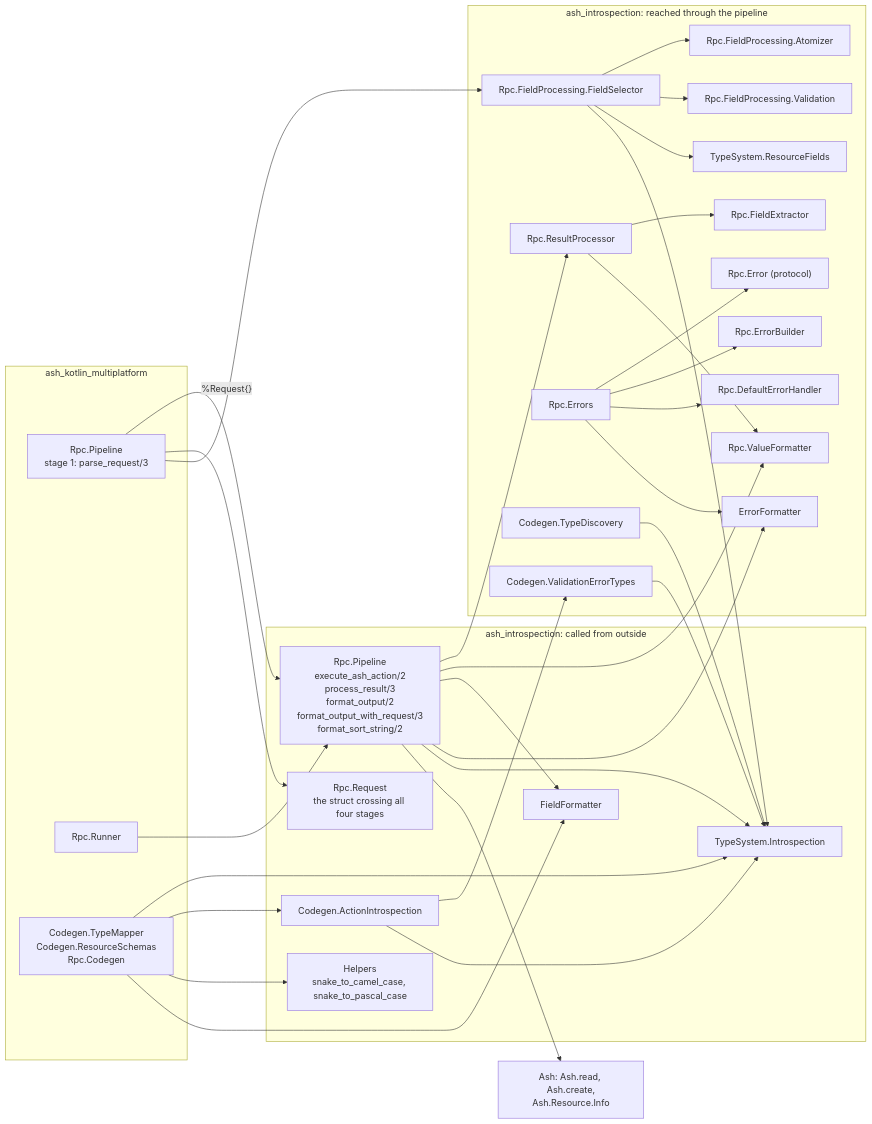
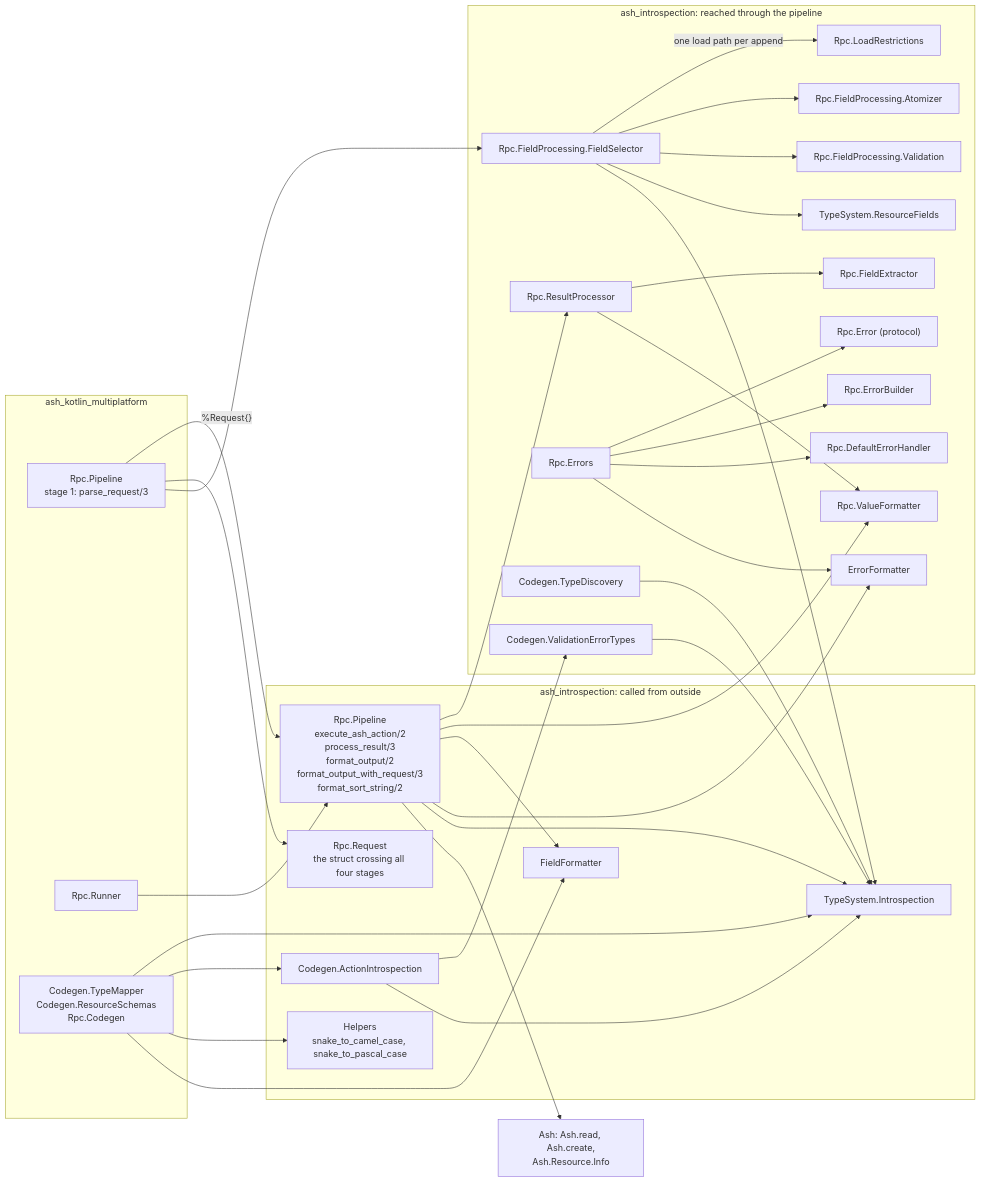
The third of 4 diagrams in docs/architecture.md (udin-io/ash_introspection), drawn with Mermaid before and after one commit. The commit also changed other lines of this file and 11 other files, not shown here.

````diff
--- a/docs/architecture.md
+++ b/docs/architecture.md
@@ -92,66 +92,68 @@
 ```mermaid
 flowchart LR
     subgraph consumer["ash_kotlin_multiplatform"]
         cpipe["Rpc.Pipeline<br/>stage 1: parse_request/3"]
         crun["Rpc.Runner"]
         ccodegen["Codegen.TypeMapper<br/>Codegen.ResourceSchemas<br/>Rpc.Codegen"]
     end
 
     subgraph public["ash_introspection: called from outside"]
         pipeline["Rpc.Pipeline<br/>execute_ash_action/2<br/>process_result/3<br/>format_output/2<br/>format_output_with_request/3<br/>format_sort_string/2"]
         request["Rpc.Request<br/>the struct crossing all four stages"]
         ff["FieldFormatter"]
         helpers["Helpers<br/>snake_to_camel_case, snake_to_pascal_case"]
         tsi["TypeSystem.Introspection"]
         actint["Codegen.ActionIntrospection"]
     end
 
     subgraph internal["ash_introspection: reached through the pipeline"]
         fsel["Rpc.FieldProcessing.FieldSelector"]
+        lrest["Rpc.LoadRestrictions"]
         atomz["Rpc.FieldProcessing.Atomizer"]
         fval["Rpc.FieldProcessing.Validation"]
         rproc["Rpc.ResultProcessor"]
         vfmt["Rpc.ValueFormatter"]
         fext["Rpc.FieldExtractor"]
         errs["Rpc.Errors"]
         errb["Rpc.ErrorBuilder"]
         errp["Rpc.Error (protocol)"]
         errh["Rpc.DefaultErrorHandler"]
         efmt["ErrorFormatter"]
         rfields["TypeSystem.ResourceFields"]
         tdisc["Codegen.TypeDiscovery"]
         vet["Codegen.ValidationErrorTypes"]
     end
 
     ash["Ash: Ash.read, Ash.create,<br/>Ash.Resource.Info"]
 
     cpipe -->|"%Request{}"| pipeline
     cpipe --> request
     cpipe --> fsel
     crun --> pipeline
     ccodegen --> tsi
     ccodegen --> actint
     ccodegen --> helpers
     ccodegen --> ff
 
     pipeline --> rproc
     pipeline --> vfmt
     pipeline --> ff
     pipeline --> efmt
     pipeline --> tsi
     pipeline --> ash
+    fsel -->|"one load path per append"| lrest
     fsel --> atomz
     fsel --> fval
     fsel --> rfields
     fsel --> tsi
     rproc --> fext
     rproc --> vfmt
     errs --> errp
     errs --> errb
     errs --> errh
     errs --> efmt
     tdisc --> tsi
     vet --> tsi
     actint --> vet
     actint --> tsi
 ```
````
